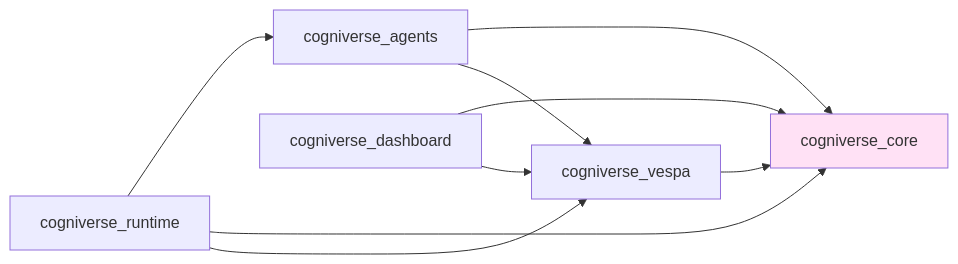
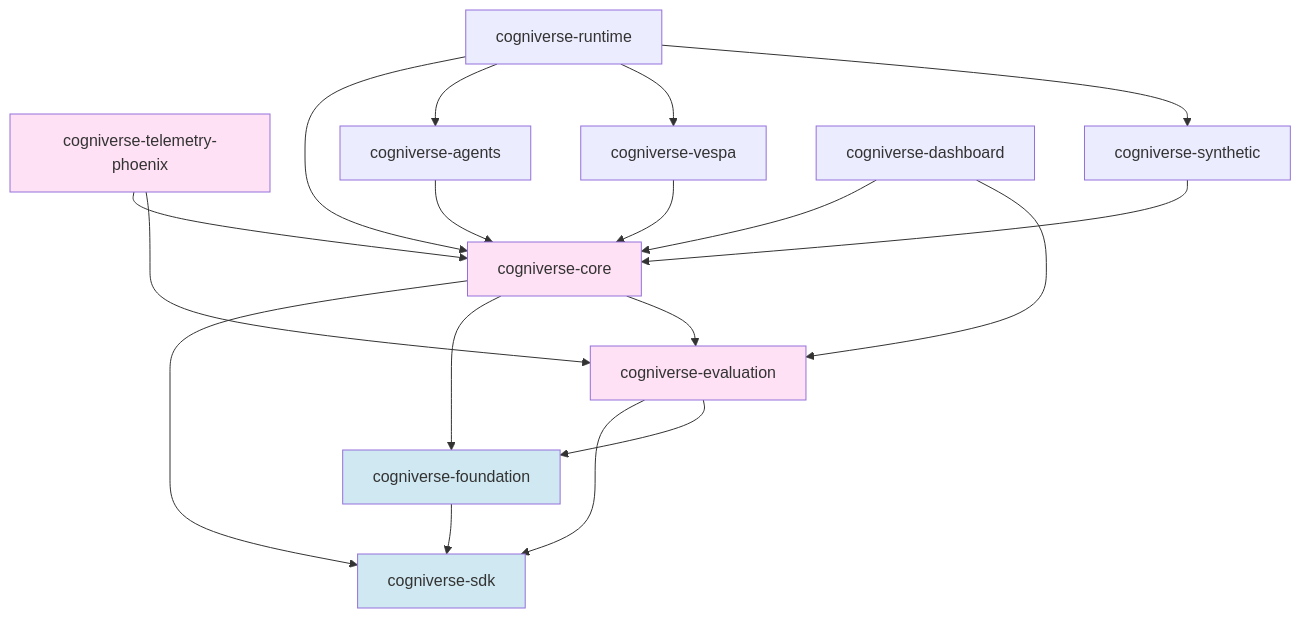
Before and after one commit to amit-jain/cogniverse: the second of 7 diagrams in docs/architecture/overview.md, drawn with Mermaid. The commit also changed other lines of this file and 13 other files, not shown here.

First line of the commit message:
Update all documentation to reflect 10-package architecture

````diff
--- a/docs/architecture/overview.md
+++ b/docs/architecture/overview.md
@@ -228,22 +331,41 @@
 ```mermaid
-graph LR
-    Runtime[cogniverse_runtime]
-    Agents[cogniverse_agents]
-    Core[cogniverse_core]
-    Vespa[cogniverse_vespa]
-    Dashboard[cogniverse_dashboard]
+graph TB
+    SDK[cogniverse-sdk]
+    Foundation[cogniverse-foundation]
+    Core[cogniverse-core]
+    Evaluation[cogniverse-evaluation]
+    TelemetryPhoenix[cogniverse-telemetry-phoenix]
+    Agents[cogniverse-agents]
+    Vespa[cogniverse-vespa]
+    Synthetic[cogniverse-synthetic]
+    Runtime[cogniverse-runtime]
+    Dashboard[cogniverse-dashboard]
 
-    Runtime --> Agents
-    Runtime --> Core
-    Runtime --> Vespa
+    Foundation --> SDK
+    Core --> SDK
+    Core --> Foundation
+    Core --> Evaluation
+    Evaluation --> SDK
+    Evaluation --> Foundation
+
+    TelemetryPhoenix --> Core
+    TelemetryPhoenix --> Evaluation
 
     Agents --> Core
-    Agents --> Vespa
+    Vespa --> Core
+    Synthetic --> Core
+
+    Runtime --> Core
+    Runtime --> Agents
+    Runtime --> Vespa
+    Runtime --> Synthetic
 
     Dashboard --> Core
-    Dashboard --> Vespa
+    Dashboard --> Evaluation
 
-    Vespa --> Core
-
+    style SDK fill:#d0e8f2
+    style Foundation fill:#d0e8f2
     style Core fill:#ffe1f5
+    style Evaluation fill:#ffe1f5
+    style TelemetryPhoenix fill:#ffe1f5
 ```
````
